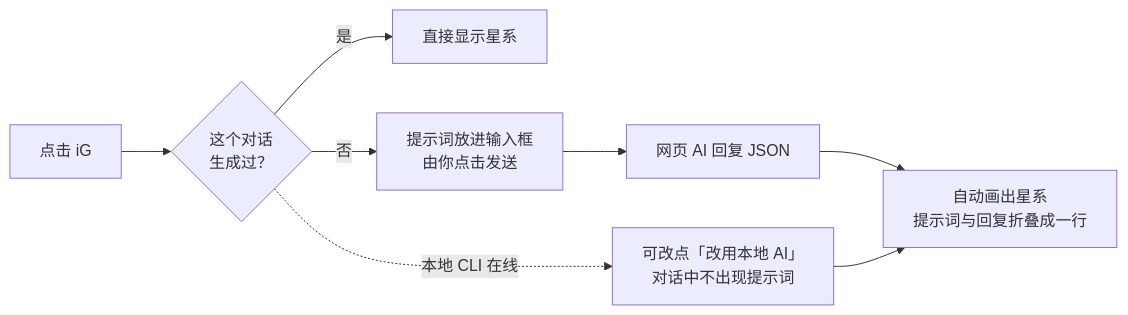
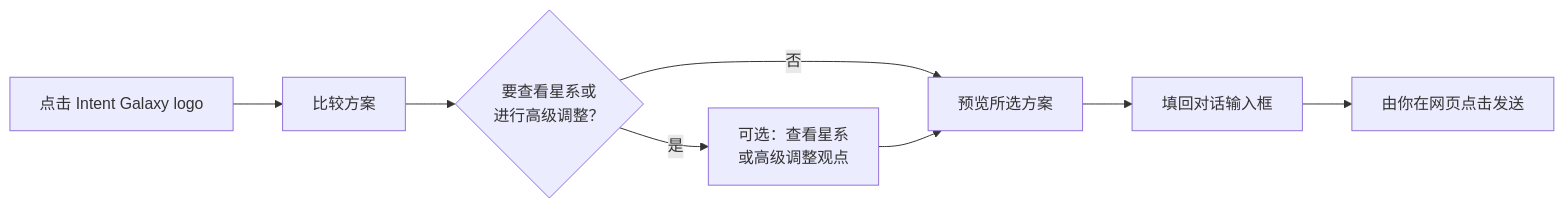
One commit to stephen-taipei/intent-galaxy changed the fourth of 4 diagrams in README.zh-CN.md. Above: the diagram before and after it, drawn with Mermaid. The commit also changed other lines of this file and 157 other files, not shown here.

````diff
--- a/README.zh-CN.md
+++ b/README.zh-CN.md
@@ -235,10 +237,10 @@
 ```mermaid
 flowchart LR
-    A["点击 iG"] --> B{"这个对话<br/>生成过？"}
-    B -- 是 --> C["直接显示星系"]
-    B -- 否 --> D["提示词放进输入框<br/>由你点击发送"]
-    D --> E["网页 AI 回复 JSON"]
-    E --> F["自动画出星系<br/>提示词与回复折叠成一行"]
-    B -. 本地 CLI 在线 .-> G["可改点「改用本地 AI」<br/>对话中不出现提示词"]
-    G --> F
+    A["点击 Intent Galaxy logo"] --> B["比较方案"]
+    B --> C{"要查看星系或<br/>进行高级调整？"}
+    C -- 是 --> D["可选：查看星系<br/>或高级调整观点"]
+    C -- 否 --> E["预览所选方案"]
+    D --> E
+    E --> F["填回对话输入框"]
+    F --> G["由你在网页点击发送"]
 ```
````
